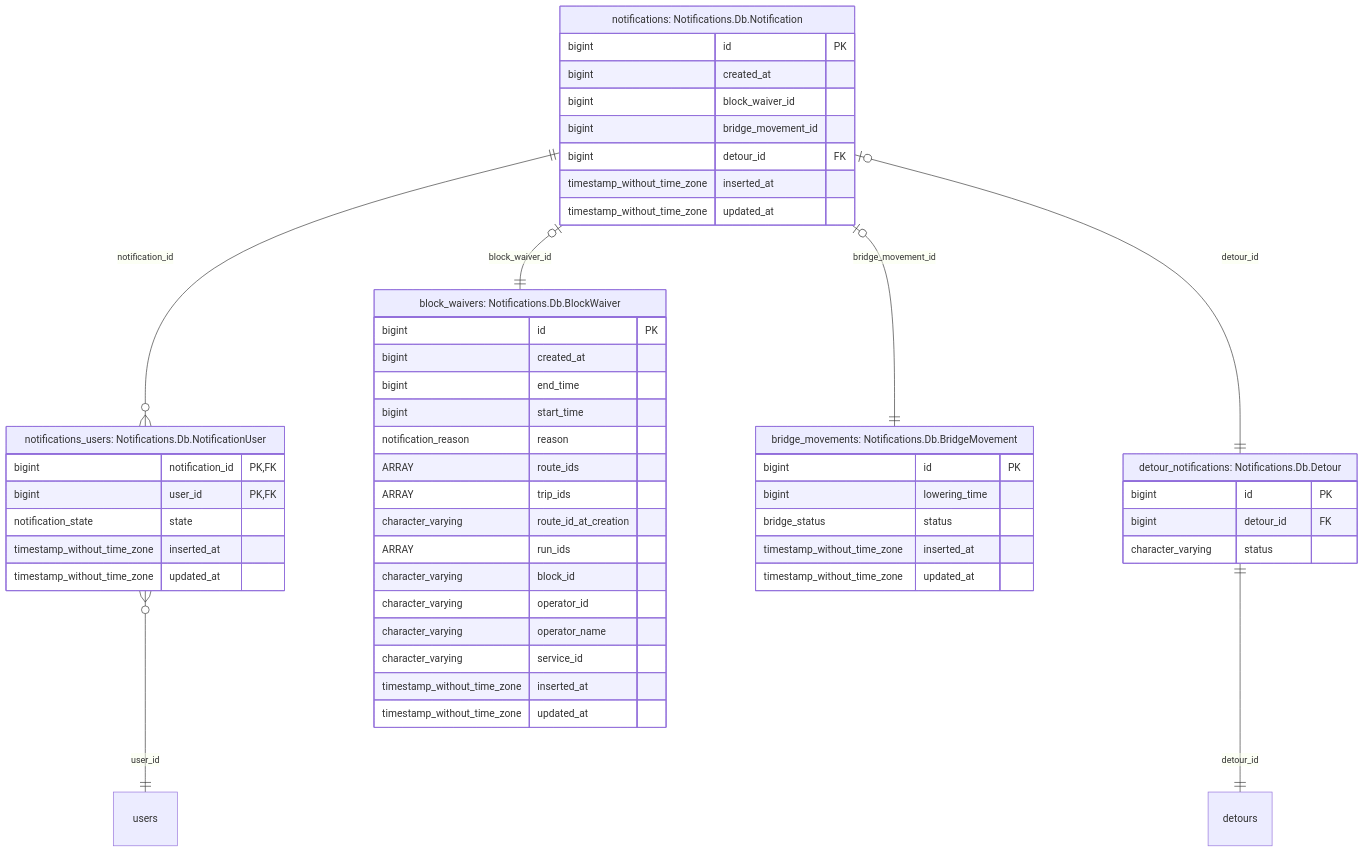
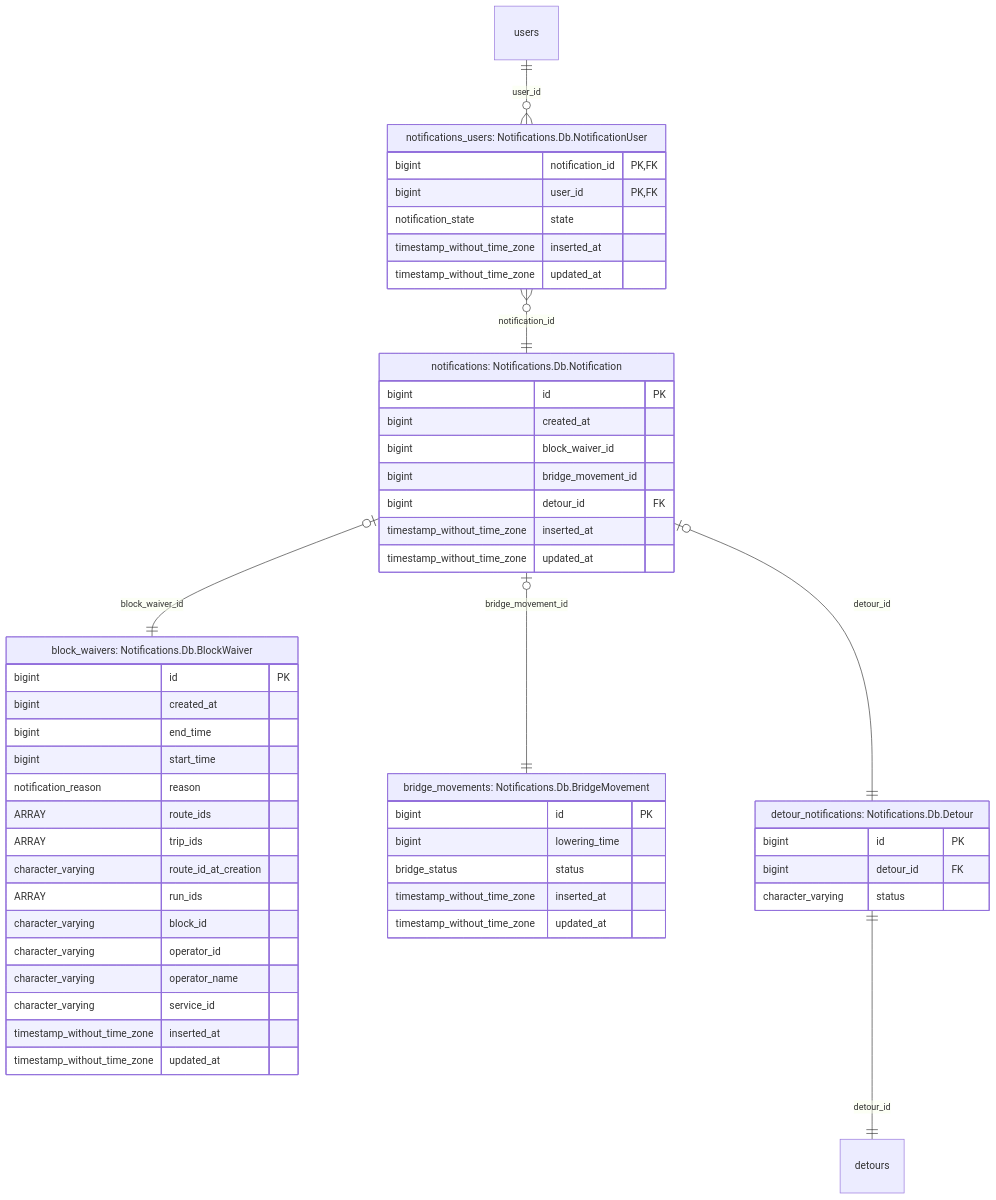
One commit to mbta/skate changed the diagram in documentation/adr/0005-detour-reminder-toasts-architecture.md. Above: the diagram before and after it, drawn with Mermaid.

Commit message:
refactor(adr/5): re-arrange users & notifications_users
I think this makes it more clear when the diagram is rendered that the notification types
are a somewhat seperate "type" of foreign key.

```diff
--- a/documentation/adr/0005-detour-reminder-toasts-architecture.md
+++ b/documentation/adr/0005-detour-reminder-toasts-architecture.md
@@ -132,8 +132,8 @@
 
 
     %% Notifications Schema
-    notifications 1 to 0+ notifications_users : "notification_id"
-    notifications_users 0+ to 1 users : "user_id"
+    notifications_users 0+ to 1 notifications: "notification_id"
+    users 1 to 0+ notifications_users: "user_id"
 
     notifications_users["notifications_users: Notifications.Db.NotificationUser"] {
         bigint notification_id PK,FK
```
